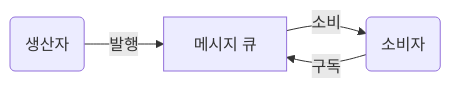
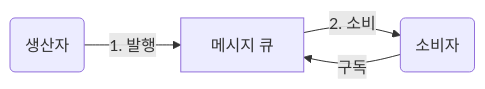
Diagram 13 of 14 in System_Design_Interview/1장_사용자_수에_따른_규모_확장성.md (yeslee-v/BookReview), drawn with Mermaid before and after one commit. The commit also changed other lines of this file, not shown here.

Commit message:
add diagram and some sentences modify

````diff
--- a/System_Design_Interview/1장_사용자_수에_따른_규모_확장성.md
+++ b/System_Design_Interview/1장_사용자_수에_따른_규모_확장성.md
@@ -336,7 +502,8 @@
-   ```mermaid
-    flowchart LR
+```mermaid
 
-    A(생산자) -->|발행| B[메시지 큐]
-    B --> |소비| C(소비자)
-    C --> |구독| B
-    ```
+flowchart LR
+
+A(생산자) -->|1. 발행| B[메시지 큐]
+B --> |2. 소비| C(소비자)
+C --> |구독| B
+```
````
